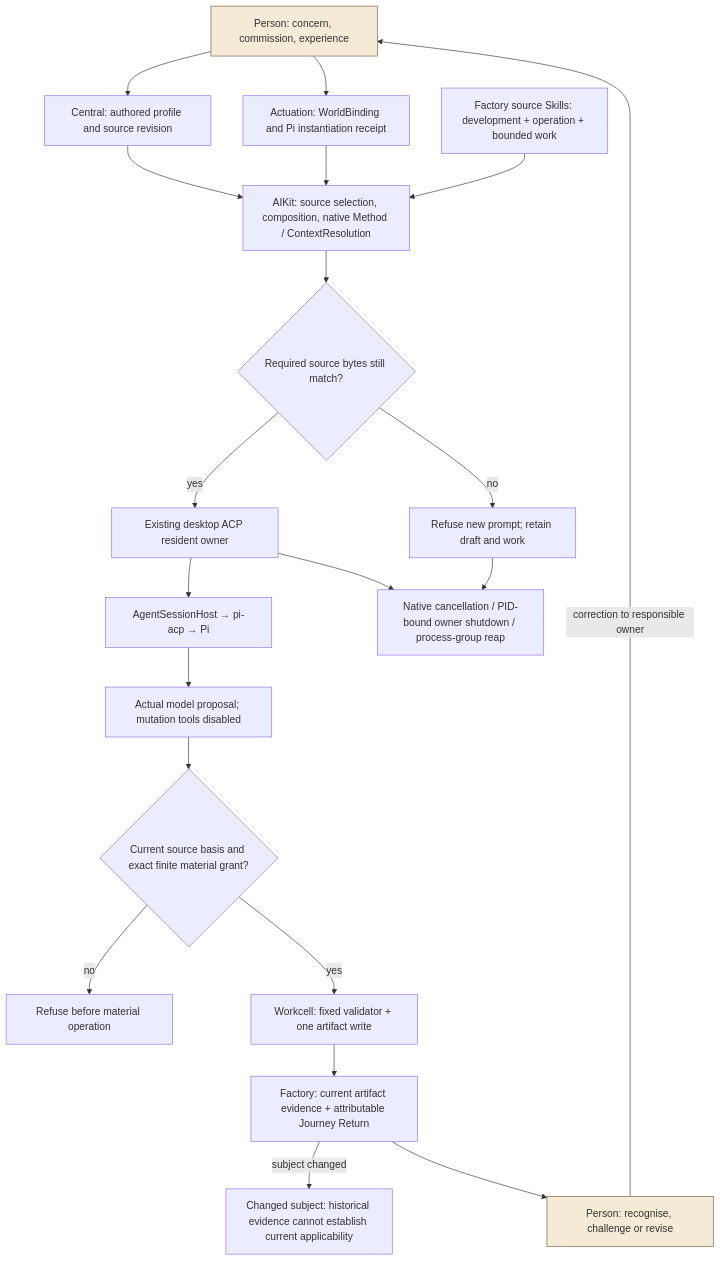
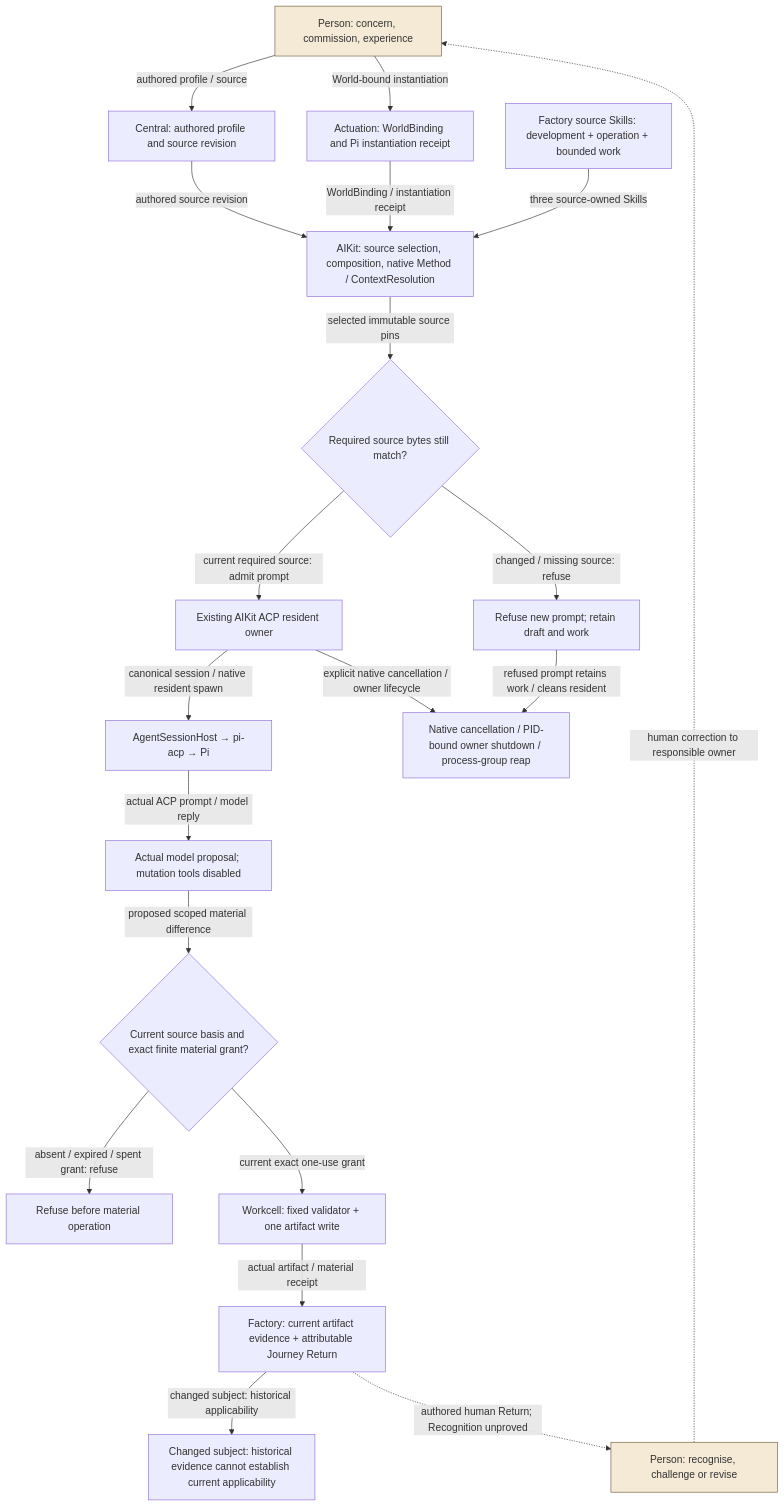
Before and after one commit to EpiLogos/Factory: the diagram in docs/program/bounded-agency-circuit.mmd, drawn with Mermaid. The commit also changed 95 other files, not shown here.

First line of the commit message:
Bind Run completion and Flow identity to native owner evidence (#277)

```diff
--- a/docs/program/bounded-agency-circuit.mmd
+++ b/docs/program/bounded-agency-circuit.mmd
@@ -1,39 +1,44 @@
+%% source_id: factory:bounded-agency-circuit
+%% visual_question: How did the dated bounded native agency circuit preserve source and return?
+%% companion_doc: BOUNDED-AGENCY-FOUNDATION.md
+%% revision: 2026-09-30
+%% provenance: dated 2026-09-06 implementation account; human Recognition remains authored, not observed
 flowchart TB
   person["Person: concern, commission, experience"]
   central["Central: authored profile and source revision"]
   actuation["Actuation: WorldBinding and Pi instantiation receipt"]
   sources["Factory source Skills: development + operation + bounded work"]
   aikit["AIKit: source selection, composition, native Method / ContextResolution"]
   gate{"Required source bytes still match?"}
   hold["Refuse new prompt; retain draft and work"]
-  owner["Existing desktop ACP resident owner"]
+  owner["Existing AIKit ACP resident owner"]
   bridge["AgentSessionHost → pi-acp → Pi"]
   proposal["Actual model proposal; mutation tools disabled"]
   effect{"Current source basis and exact finite material grant?"}
   denied["Refuse before material operation"]
   workcell["Workcell: fixed validator + one artifact write"]
   factory["Factory: current artifact evidence + attributable Journey Return"]
   stale["Changed subject: historical evidence cannot establish current applicability"]
   recognition["Person: recognise, challenge or revise"]
   cleanup["Native cancellation / PID-bound owner shutdown / process-group reap"]
-  person --> central
-  person --> actuation
-  central --> aikit
-  actuation --> aikit
-  sources --> aikit
-  aikit --> gate
-  gate -- no --> hold
-  gate -- yes --> owner
-  owner --> bridge
-  bridge --> proposal
-  proposal --> effect
-  effect -- no --> denied
-  effect -- yes --> workcell
-  workcell --> factory
-  factory -- subject changed --> stale
-  factory --> recognition
-  recognition -- correction to responsible owner --> person
-  owner --> cleanup
-  hold --> cleanup
+  person -->|"authored profile / source"| central
+  person -->|"World-bound instantiation"| actuation
+  central -->|"authored source revision"| aikit
+  actuation -->|"WorldBinding / instantiation receipt"| aikit
+  sources -->|"three source-owned Skills"| aikit
+  aikit -->|"selected immutable source pins"| gate
+  gate -->|"changed / missing source: refuse"| hold
+  gate -->|"current required source: admit prompt"| owner
+  owner -->|"canonical session / native resident spawn"| bridge
+  bridge -->|"actual ACP prompt / model reply"| proposal
+  proposal -->|"proposed scoped material difference"| effect
+  effect -->|"absent / expired / spent grant: refuse"| denied
+  effect -->|"current exact one-use grant"| workcell
+  workcell -->|"actual artifact / material receipt"| factory
+  factory -->|"changed subject: historical applicability"| stale
+  factory -.->|"authored human Return; Recognition unproved"| recognition
+  recognition -.->|"human correction to responsible owner"| person
+  owner -->|"explicit native cancellation / owner lifecycle"| cleanup
+  hold -->|"refused prompt retains work / cleans resident"| cleanup
   style recognition fill:#f5ead6,stroke:#725f3d
   style person fill:#f5ead6,stroke:#725f3d
```
